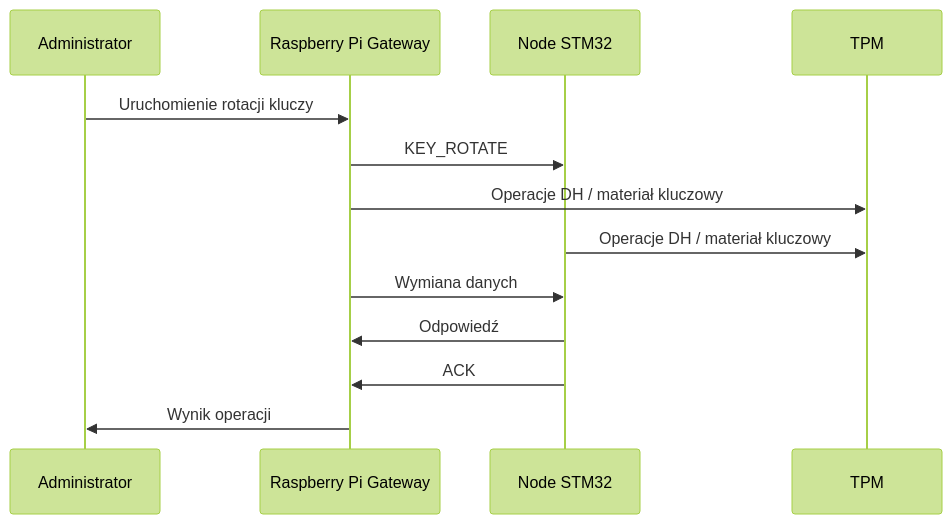
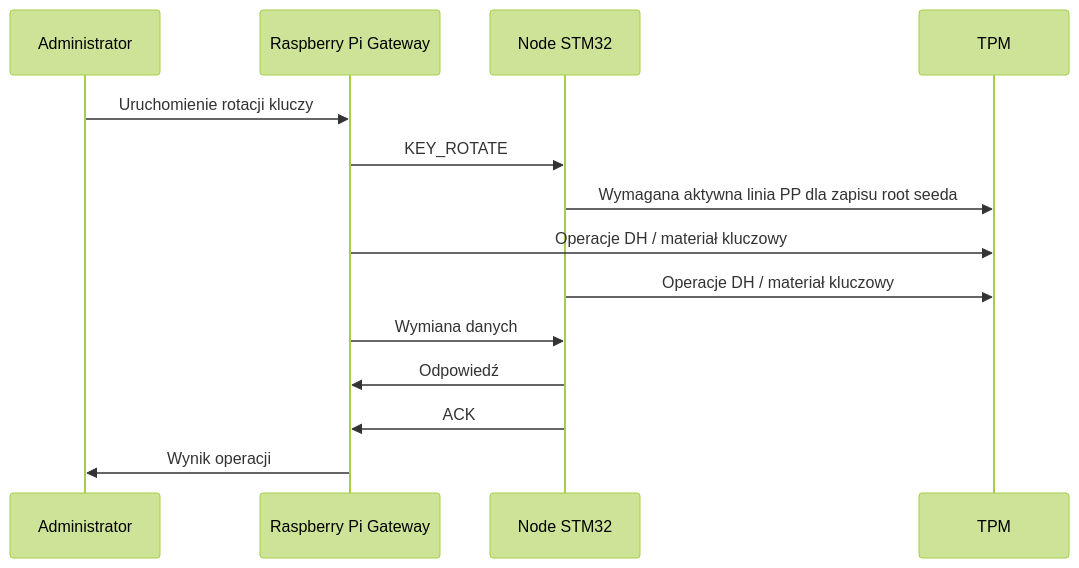
Before and after one commit to MikolajDrozdz/BEKO: the fifth of 5 diagrams in README.md, drawn with Mermaid (forest theme). The commit also changed other lines of this file and 10 other files, not shown here.

````diff
--- a/README.md
+++ b/README.md
@@ -359,16 +380,17 @@
 ```mermaid
 sequenceDiagram
     participant A as Administrator
     participant GW as Raspberry Pi Gateway
     participant N as Node STM32
     participant TPM as TPM
 
     A->>GW: Uruchomienie rotacji kluczy
     GW->>N: KEY_ROTATE
+    N->>TPM: Wymagana aktywna linia PP dla zapisu root seeda
     GW->>TPM: Operacje DH / materiał kluczowy
     N->>TPM: Operacje DH / materiał kluczowy
     GW->>N: Wymiana danych
     N->>GW: Odpowiedź
     N->>GW: ACK
     GW->>A: Wynik operacji
 ```
````
